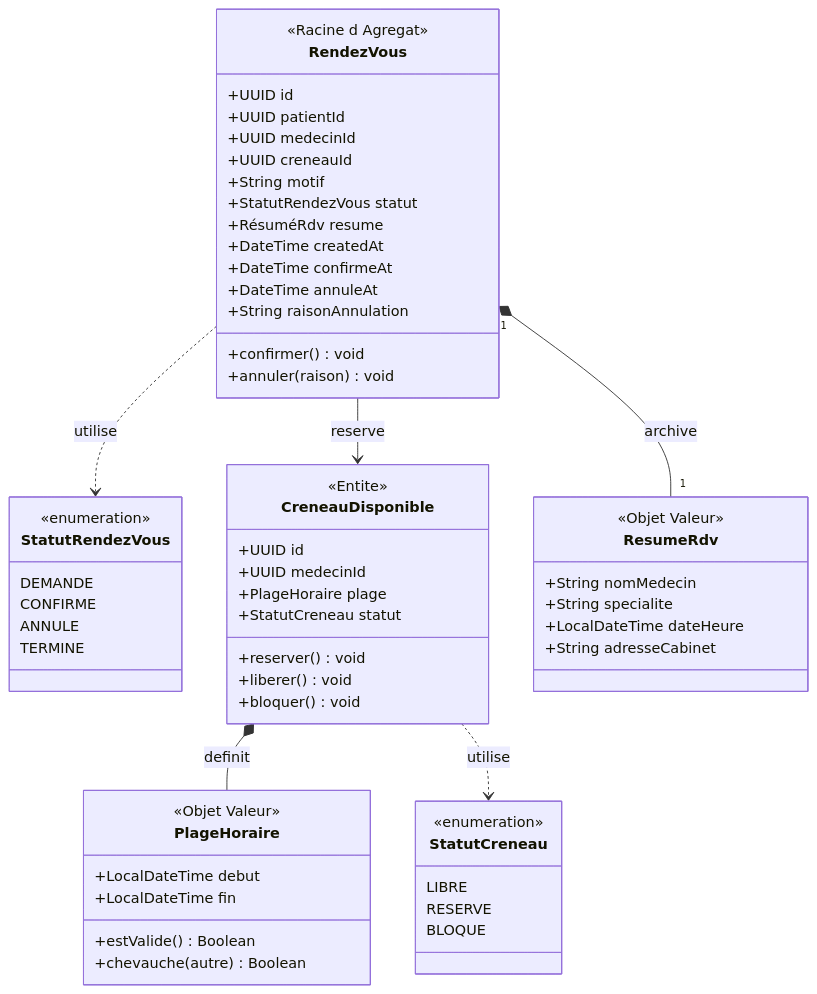
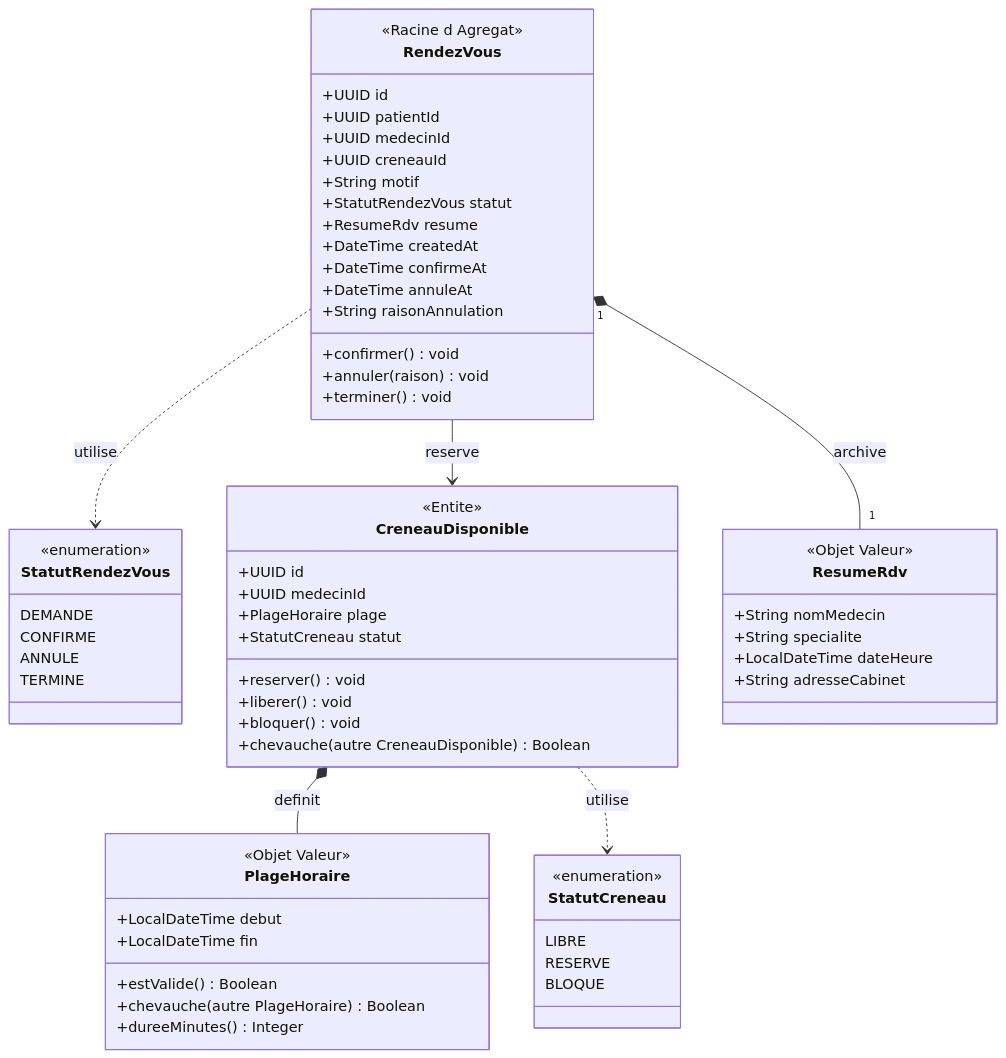
The third of 8 diagrams in README.md (bassimtbb/test-read-me), drawn with Mermaid before and after one commit. The commit also changed other lines of this file, not shown here.

````diff
--- a/README.md
+++ b/README.md
@@ -382,67 +400,70 @@
 ```mermaid
 classDiagram
     class StatutRendezVous {
         <<enumeration>>
         DEMANDE
         CONFIRME
         ANNULE
         TERMINE
     }
 
     class StatutCreneau {
         <<enumeration>>
         LIBRE
         RESERVE
         BLOQUE
     }
 
     class RendezVous {
         <<Racine d Agregat>>
         +UUID id
         +UUID patientId
         +UUID medecinId
         +UUID creneauId
         +String motif
         +StatutRendezVous statut
-        +RésuméRdv resume
+        +ResumeRdv resume
         +DateTime createdAt
         +DateTime confirmeAt
         +DateTime annuleAt
         +String raisonAnnulation
         +confirmer() void
         +annuler(raison) void
+        +terminer() void
     }
 
     class CreneauDisponible {
         <<Entite>>
         +UUID id
         +UUID medecinId
         +PlageHoraire plage
         +StatutCreneau statut
         +reserver() void
         +liberer() void
         +bloquer() void
+        +chevauche(autre CreneauDisponible) Boolean
     }
 
     class ResumeRdv {
         <<Objet Valeur>>
         +String nomMedecin
         +String specialite
         +LocalDateTime dateHeure
         +String adresseCabinet
     }
 
     class PlageHoraire {
         <<Objet Valeur>>
         +LocalDateTime debut
         +LocalDateTime fin
         +estValide() Boolean
-        +chevauche(autre) Boolean
+        +chevauche(autre PlageHoraire) Boolean
+        +dureeMinutes() Integer
     }
 
     RendezVous "1" *-- "1" ResumeRdv : archive
     RendezVous --> CreneauDisponible : reserve
     CreneauDisponible *-- PlageHoraire : definit
     RendezVous ..> StatutRendezVous : utilise
     CreneauDisponible ..> StatutCreneau : utilise
 ```
````
